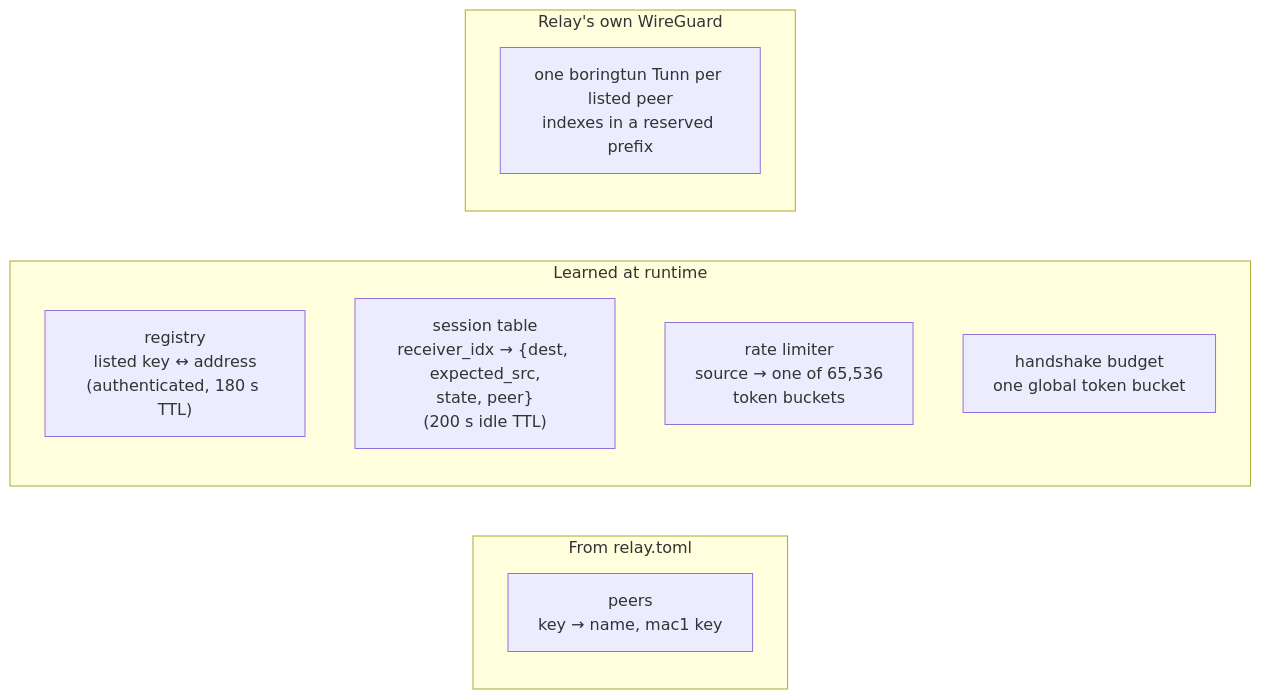
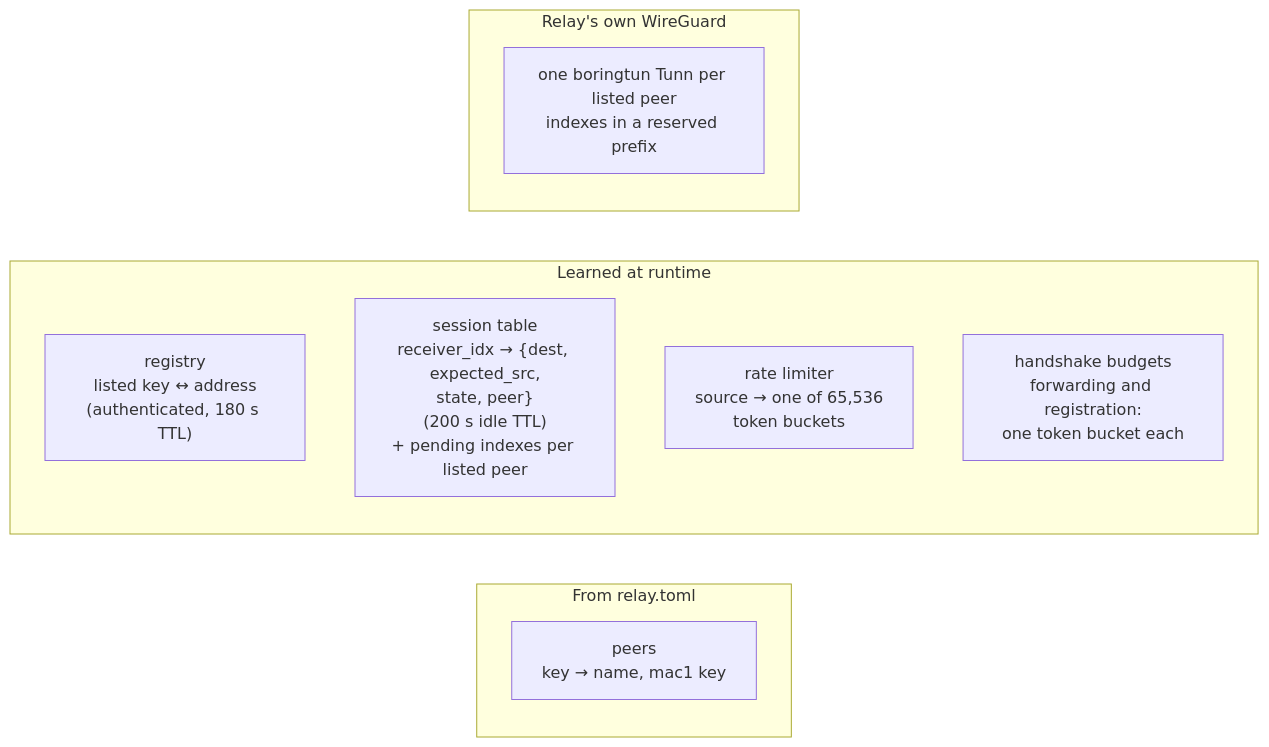
Before and after one commit to 3alpha/wg-relay: the eighth of 22 diagrams in docs/how-it-works.md, drawn with Mermaid. The commit also changed other lines of this file and 7 other files, not shown here.

````diff
--- a/docs/how-it-works.md
+++ b/docs/how-it-works.md
@@ -297,15 +297,15 @@
 ```mermaid
 flowchart LR
     subgraph cfg["From relay.toml"]
         P["peers<br/>key → name, mac1 key"]
     end
     subgraph learned_state["Learned at runtime"]
         REG["registry<br/>listed key ↔ address<br/>(authenticated, 180 s TTL)"]
-        SES["session table<br/>receiver_idx → {dest, expected_src,<br/>state, peer}<br/>(200 s idle TTL)"]
+        SES["session table<br/>receiver_idx → {dest, expected_src,<br/>state, peer}<br/>(200 s idle TTL)<br/>+ pending indexes per listed peer"]
         RL["rate limiter<br/>source → one of 65,536<br/>token buckets"]
-        BUD["handshake budget<br/>one global token bucket"]
+        BUD["handshake budgets<br/>forwarding and registration:<br/>one token bucket each"]
     end
     subgraph tunnels["Relay's own WireGuard"]
         T["one boringtun Tunn per listed peer<br/>indexes in a reserved prefix"]
     end
 ```
````
